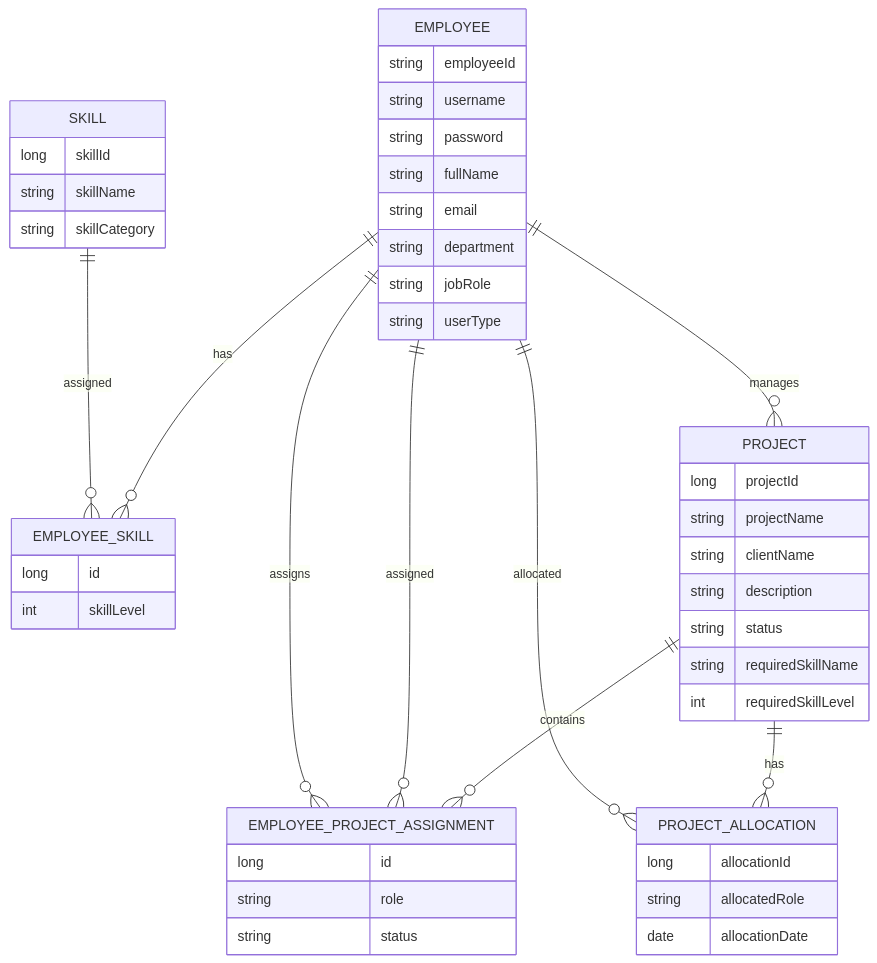
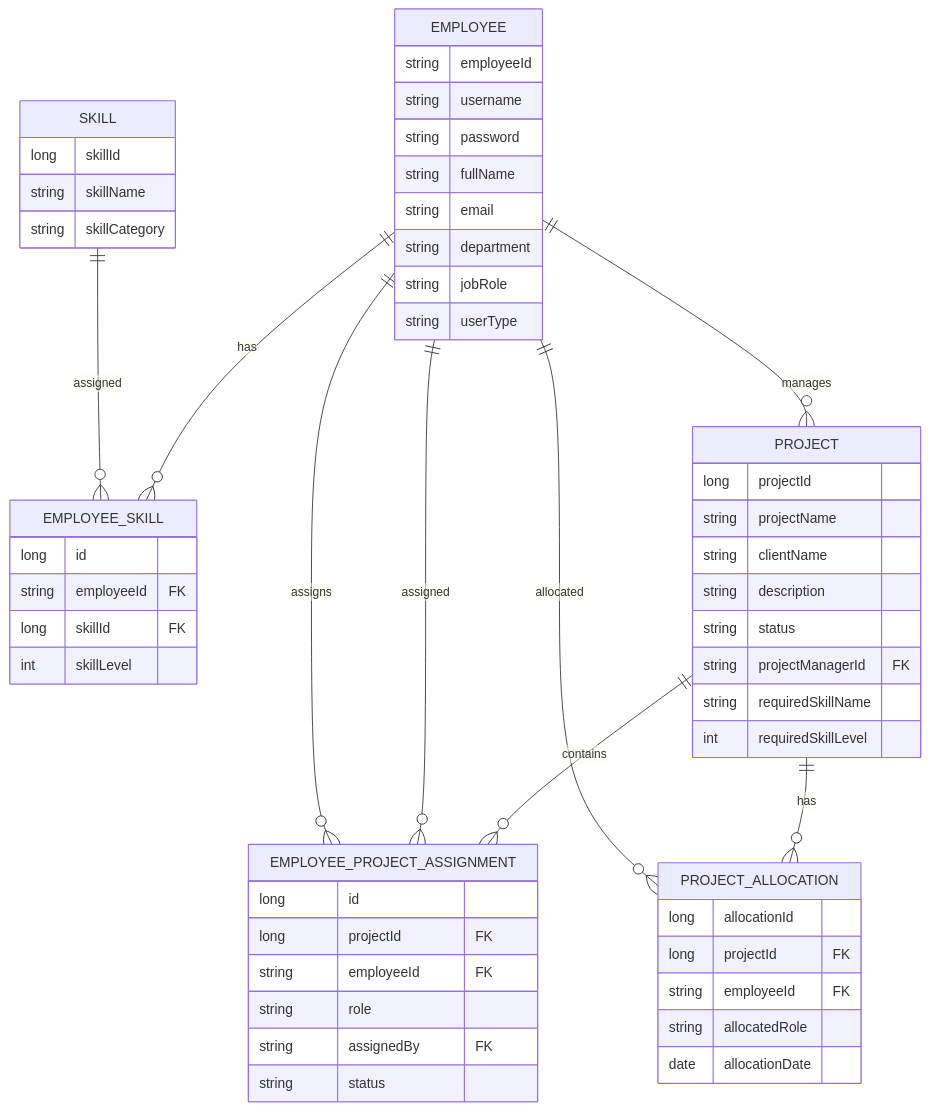
Before and after one commit to UMKpp/softbridge-resource-allocation-system: the second of 2 diagrams in README.md, drawn with Mermaid. The commit also changed other lines of this file, not shown here.

````diff
--- a/README.md
+++ b/README.md
@@ -109,55 +113,63 @@
 ```mermaid
 erDiagram
     EMPLOYEE ||--o{ EMPLOYEE_SKILL : has
     SKILL ||--o{ EMPLOYEE_SKILL : assigned
     EMPLOYEE ||--o{ PROJECT : manages
     PROJECT ||--o{ EMPLOYEE_PROJECT_ASSIGNMENT : contains
     EMPLOYEE ||--o{ EMPLOYEE_PROJECT_ASSIGNMENT : assigned
     EMPLOYEE ||--o{ EMPLOYEE_PROJECT_ASSIGNMENT : assigns
     PROJECT ||--o{ PROJECT_ALLOCATION : has
     EMPLOYEE ||--o{ PROJECT_ALLOCATION : allocated
 
     EMPLOYEE {
         string employeeId
         string username
         string password
         string fullName
         string email
         string department
         string jobRole
         string userType
     }
 
     SKILL {
         long skillId
         string skillName
         string skillCategory
     }
 
     EMPLOYEE_SKILL {
         long id
+        string employeeId FK
+        long skillId FK
         int skillLevel
     }
 
     PROJECT {
         long projectId
         string projectName
         string clientName
         string description
         string status
+        string projectManagerId FK
         string requiredSkillName
         int requiredSkillLevel
     }
 
     EMPLOYEE_PROJECT_ASSIGNMENT {
         long id
+        long projectId FK
+        string employeeId FK
         string role
+        string assignedBy FK
         string status
     }
 
     PROJECT_ALLOCATION {
         long allocationId
+        long projectId FK
+        string employeeId FK
         string allocatedRole
         date allocationDate
     }
 ```
````
